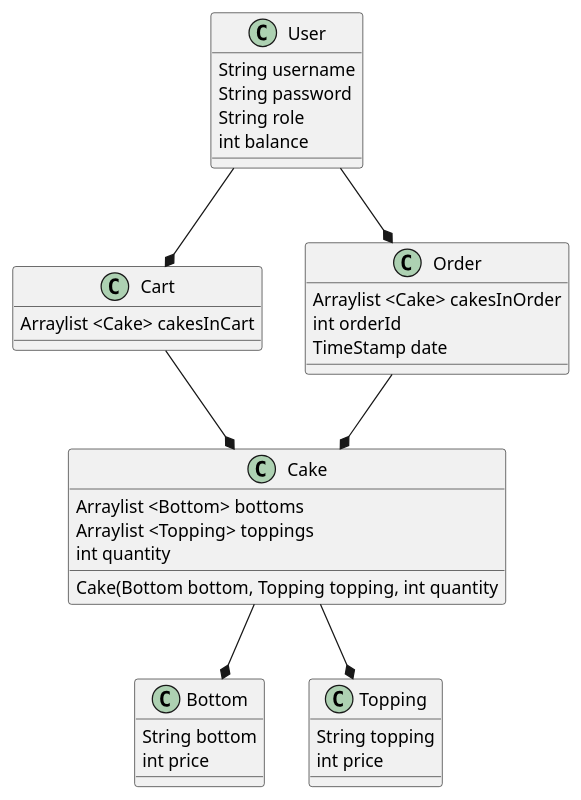
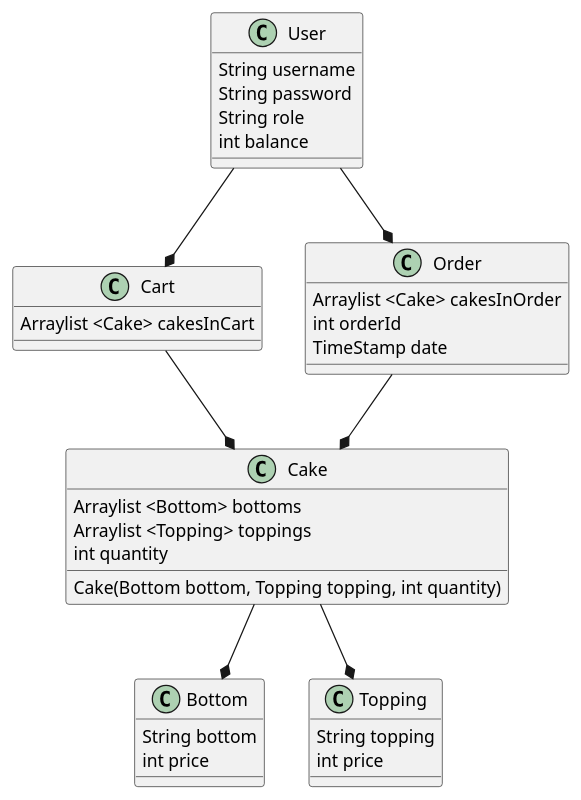
Before and after one commit to Berry1196/cupcake: the diagram in documentation/Diagrams/Class Diagram.puml, drawn with PlantUML. The commit also changed 5 other files, not shown here.

```diff
--- a/documentation/Diagrams/Class Diagram.puml
+++ b/documentation/Diagrams/Class Diagram.puml
@@ -1,47 +1,48 @@
 @startuml
 'https://plantuml.com/class-diagram
+
 
 class User {
 String username
 String password
 String role
 int balance
 }
 
 class Cart{
 Arraylist <Cake> cakesInCart
 }
 
 class Order {
 Arraylist <Cake> cakesInOrder
 int orderId
 TimeStamp date
 }
 
 class Cake{
 Arraylist <Bottom> bottoms
 Arraylist <Topping> toppings
 int quantity
-Cake(Bottom bottom, Topping topping, int quantity
+Cake(Bottom bottom, Topping topping, int quantity)
 }
 
 class Bottom{
 String bottom
 int price
 }
 
 class Topping{
 String topping
 int price
 }
 
 User --* Cart
 User --* Order
 Order --* Cake
 Cart --* Cake
 Cake --* Bottom
 Cake --* Topping
 
 
 
 @enduml
```
